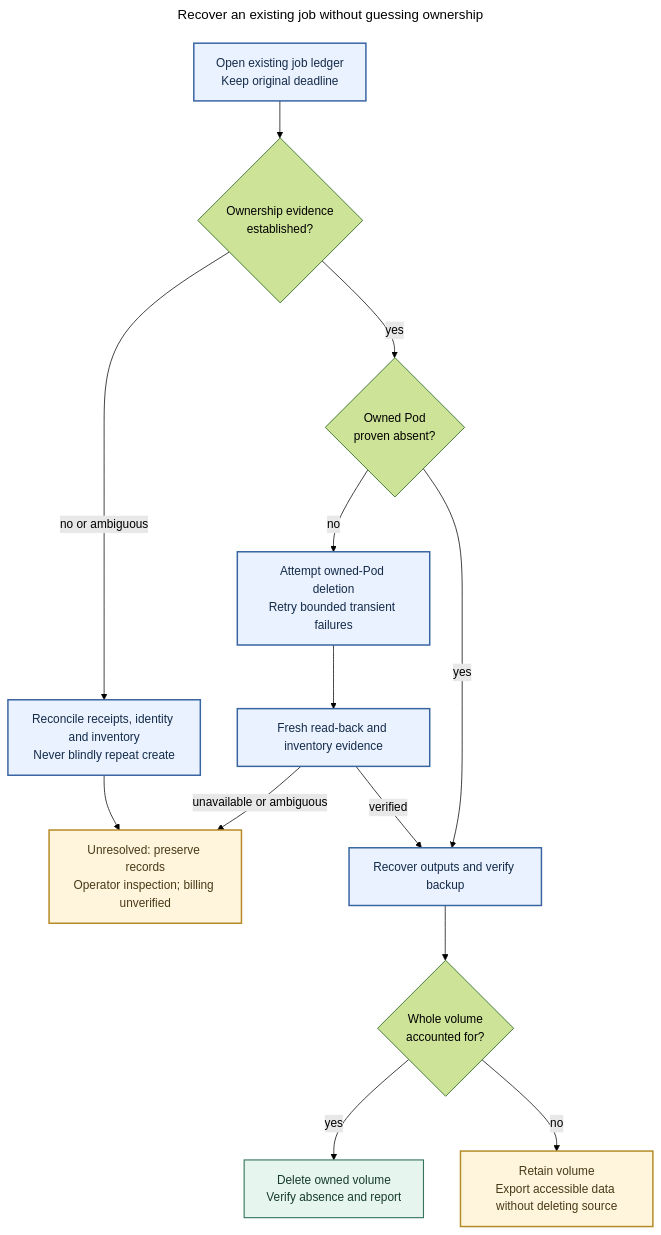
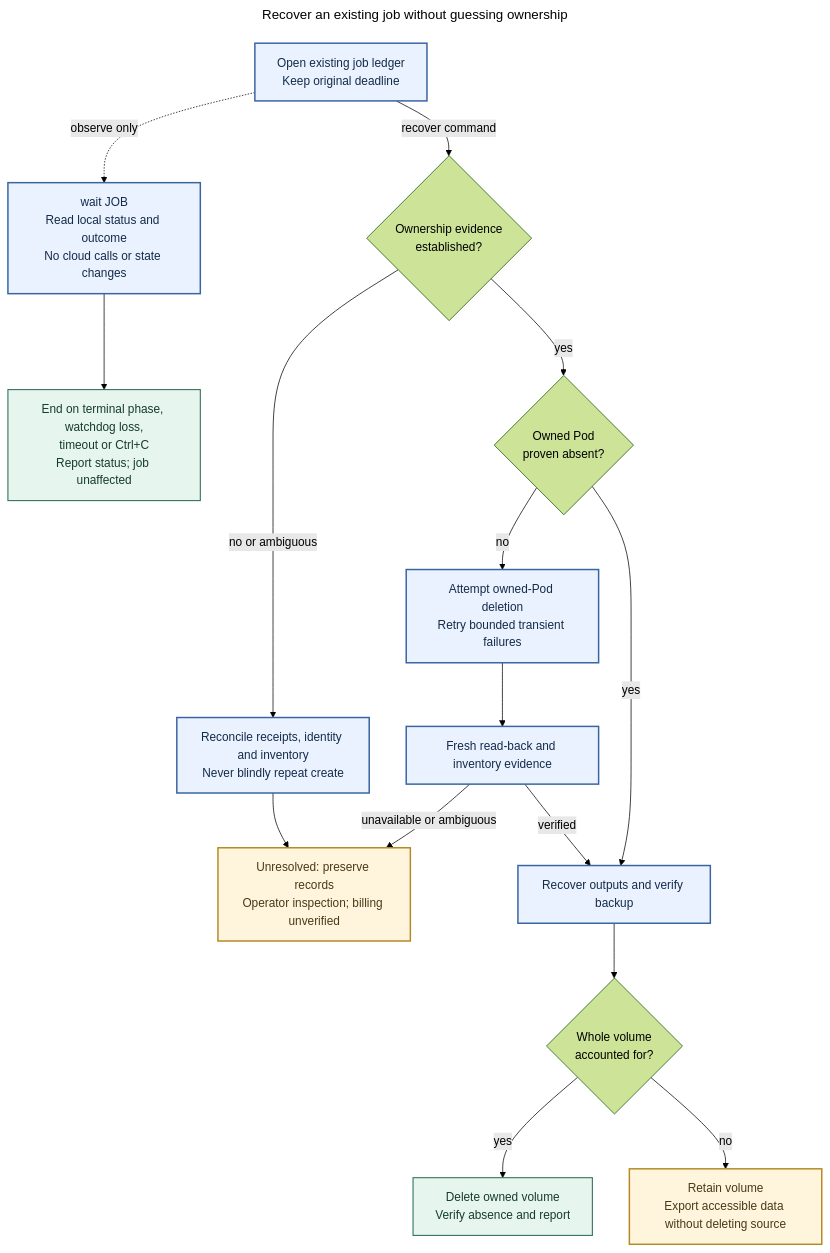
One commit to PolaronQuasi/podvigil changed the diagram in docs/diagrams/04-safe-recovery.mmd. Above: the diagram before and after it, drawn with Mermaid (forest theme). The commit also changed 17 other files, not shown here.

Commit message:
Update diagrams and guides for job and capacity waiting

```diff
--- a/docs/diagrams/04-safe-recovery.mmd
+++ b/docs/diagrams/04-safe-recovery.mmd
@@ -1,29 +1,31 @@
 ---
 title: Recover an existing job without guessing ownership
 ---
 flowchart TB
   accTitle: PodVigil safe recovery
-  accDescr: Recovery starts from an existing job ledger, verifies ownership, and keeps the original deadline. Unknown creation results are reconciled without another create. Unproven ownership never authorizes deletion. Compute cleanup is verified before restoring outputs, and incomplete backup retains storage.
+  accDescr: Waiting is an observation of the existing job ledger and never triggers recovery. A terminal phase, a watchdog no longer heard, a waiting timeout or Ctrl+C ends waiting without changing the job. The separate recover command verifies ownership and keeps the original deadline. Unknown creation results are reconciled without another create. Unproven ownership never authorizes deletion. Compute cleanup is verified before restoring outputs, and incomplete backup retains storage.
 
-  START["Open existing job ledger<br/>Keep original deadline"] --> OWN{"Ownership evidence<br/>established?"}
+  START["Open existing job ledger<br/>Keep original deadline"] -->|"recover command"| OWN{"Ownership evidence<br/>established?"}
+  START -.->|"observe only"| OBSERVE["wait JOB<br/>Read local status and outcome<br/>No cloud calls or state changes"]
+  OBSERVE --> WAITEND["End on terminal phase, watchdog loss,<br/>timeout or Ctrl+C<br/>Report status; job unaffected"]
   OWN -->|"no or ambiguous"| RECON["Reconcile receipts, identity and inventory<br/>Never blindly repeat create"]
   RECON --> UNKNOWN["Unresolved: preserve records<br/>Operator inspection; billing unverified"]
 
   OWN -->|"yes"| COMPUTE{"Owned Pod<br/>proven absent?"}
   COMPUTE -->|"no"| DELETE["Attempt owned-Pod deletion<br/>Retry bounded transient failures"]
   DELETE --> READ["Fresh read-back and inventory evidence"]
   READ -->|"unavailable or ambiguous"| UNKNOWN
   READ -->|"verified"| BACKUP
   COMPUTE -->|"yes"| BACKUP["Recover outputs and verify backup"]
 
   BACKUP --> AUDIT{"Whole volume<br/>accounted for?"}
   AUDIT -->|"yes"| REMOVE["Delete owned volume<br/>Verify absence and report"]
   AUDIT -->|"no"| RETAIN["Retain volume<br/>Export accessible data without deleting source"]
 
   classDef primary fill:#eaf2ff,stroke:#3864a2,color:#142b49,stroke-width:2px;
   classDef store fill:#e7f5ef,stroke:#35745d,color:#163c2f,stroke-width:1.5px;
   classDef caution fill:#fff5dc,stroke:#b58a25,color:#483a18,stroke-width:2px;
 
-  class START,RECON,DELETE,READ,BACKUP primary;
-  class REMOVE store;
+  class START,OBSERVE,RECON,DELETE,READ,BACKUP primary;
+  class REMOVE,WAITEND store;
   class UNKNOWN,RETAIN caution;
```
